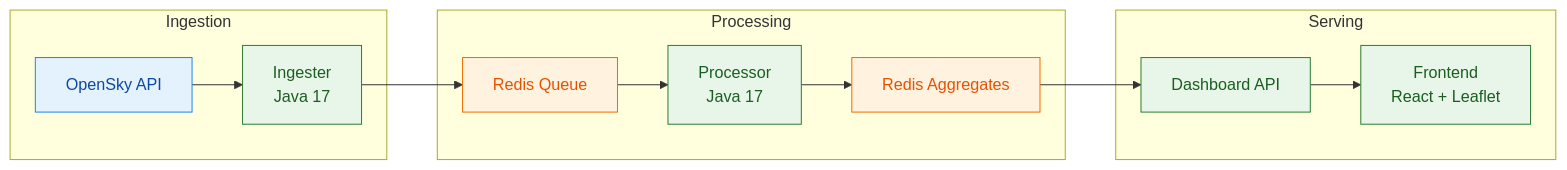
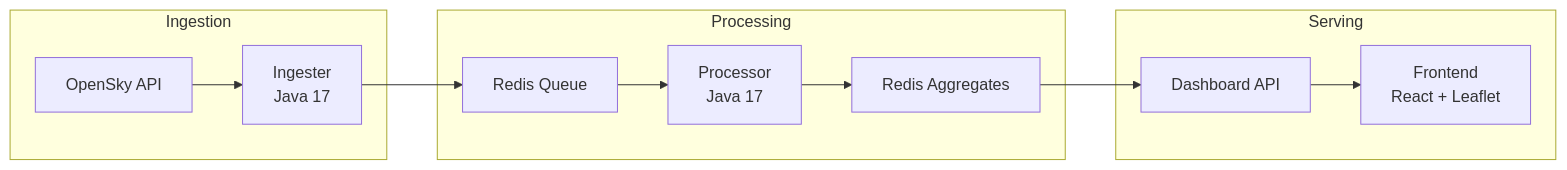
The first of 3 diagrams in README.md (ClementV78/CloudRadar), drawn with Mermaid before and after one commit. The commit also changed other lines of this file, not shown here.

Commit message:
docs(readme): refine demo guidance and pipeline section
Refs #57

````diff
--- a/README.md
+++ b/README.md
@@ -103,24 +97,15 @@
 ```mermaid
 flowchart LR
   subgraph ING["Ingestion"]
-    A["OpenSky API"] --> B["Ingester<br/>Java 17"]
+    OS["OpenSky API"] --> IN["Ingester<br/>Java 17"]
+  end
+  subgraph PROC["Processing"]
+    RQ["Redis Queue"] --> PR["Processor<br/>Java 17"] --> RA["Redis Aggregates"]
+  end
+  subgraph SERV["Serving"]
+    DA["Dashboard API"] --> FE["Frontend<br/>React + Leaflet"]
   end
 
-  subgraph PROC["Processing"]
-    B --> C["Redis Queue"]
-    C --> D["Processor<br/>Java 17"]
-    D --> E["Redis Aggregates"]
-  end
-
-  subgraph SERVE["Serving"]
-    E --> F["Dashboard API"]
-    F --> G["Frontend<br/>React + Leaflet"]
-  end
-
-  classDef ext fill:#e3f2fd,stroke:#1e88e5,color:#0d47a1;
-  classDef app fill:#e8f5e9,stroke:#2e7d32,color:#1b5e20;
-  classDef data fill:#fff3e0,stroke:#ef6c00,color:#e65100;
-  class A ext;
-  class B,D,F,G app;
-  class C,E data;
+  IN --> RQ
+  RA --> DA
 ```
````
